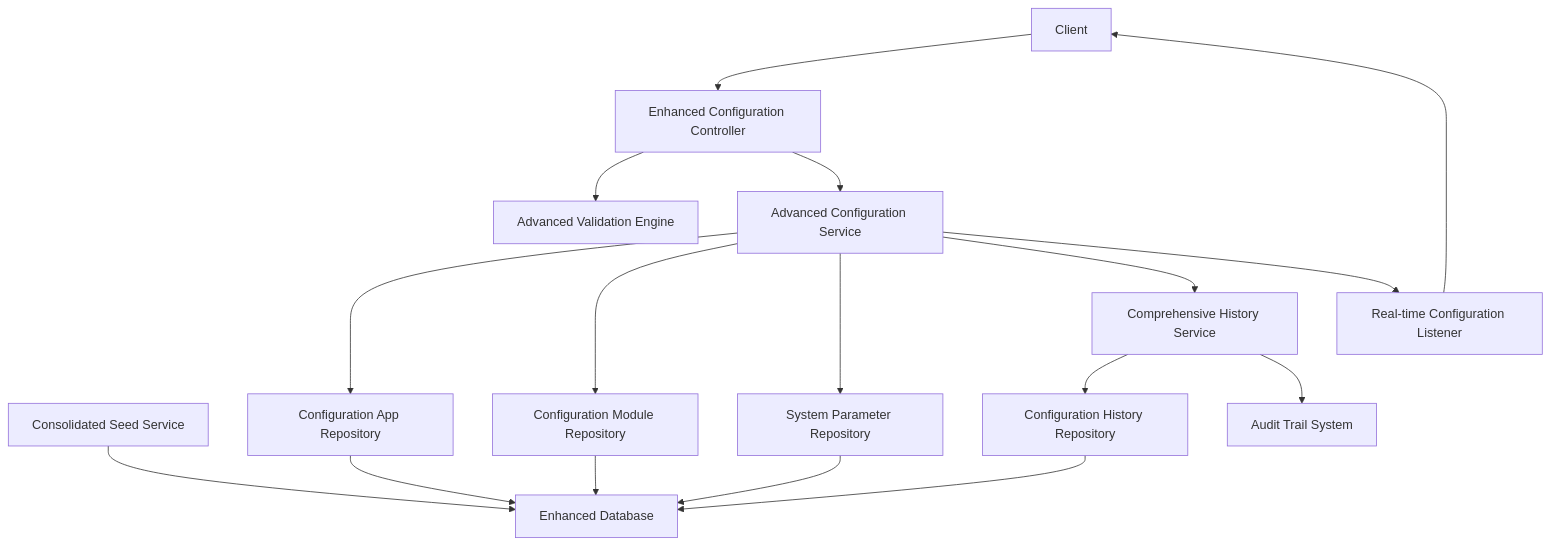
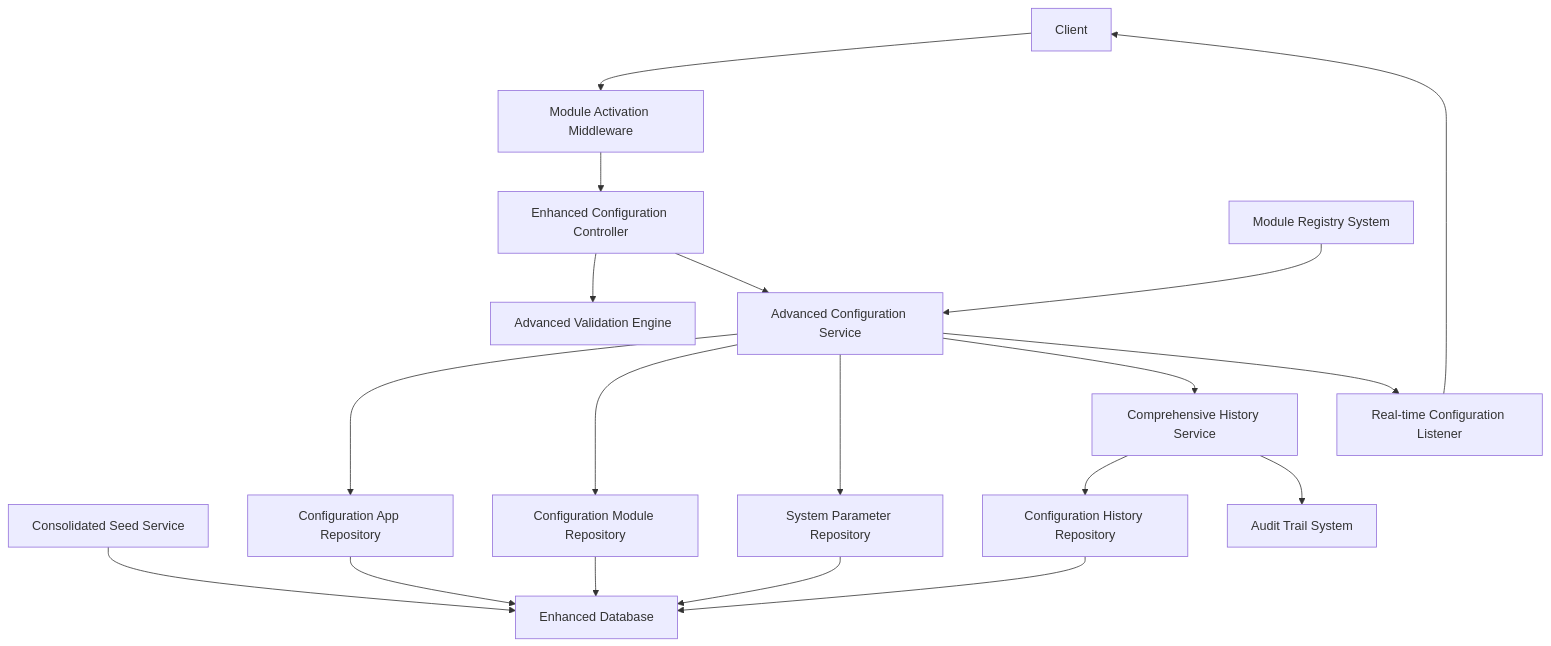
One commit to franckylab/eLISAschool changed the second of 11 diagrams in .qoder/repowiki/en/content/Modules & Features/Administrative Modules/Institutional Configuration.md. Above: the diagram before and after it, drawn with Mermaid. The commit also changed other lines of this file and 236 other files, not shown here.

````diff
--- a/.qoder/repowiki/en/content/Modules & Features/Administrative Modules/Institutional Configuration.md
+++ b/.qoder/repowiki/en/content/Modules & Features/Administrative Modules/Institutional Configuration.md
@@ -165,32 +184,36 @@
 ```mermaid
 graph TB
 Client["Client"]
 Ctrl["Enhanced Configuration Controller"]
 Svc["Advanced Configuration Service"]
 HistSvc["Comprehensive History Service"]
 SeedSvc["Consolidated Seed Service"]
 Listener["Real-time Configuration Listener"]
 Validator["Advanced Validation Engine"]
+MW["Module Activation Middleware"]
+Registry["Module Registry System"]
 RepoApp["Configuration App Repository"]
 RepoMod["Configuration Module Repository"]
 RepoParam["System Parameter Repository"]
 RepoHist["Configuration History Repository"]
 DB["Enhanced Database"]
 Audit["Audit Trail System"]
-Client --> Ctrl
+Client --> MW
+MW --> Ctrl
 Ctrl --> Validator
 Ctrl --> Svc
 Svc --> RepoApp
 Svc --> RepoMod
 Svc --> RepoParam
 Svc --> HistSvc
 HistSvc --> RepoHist
 HistSvc --> Audit
 Svc --> Listener
 SeedSvc --> DB
 RepoApp --> DB
 RepoMod --> DB
 RepoParam --> DB
 RepoHist --> DB
 Listener --> Client
+Registry --> Svc
 ```
````
